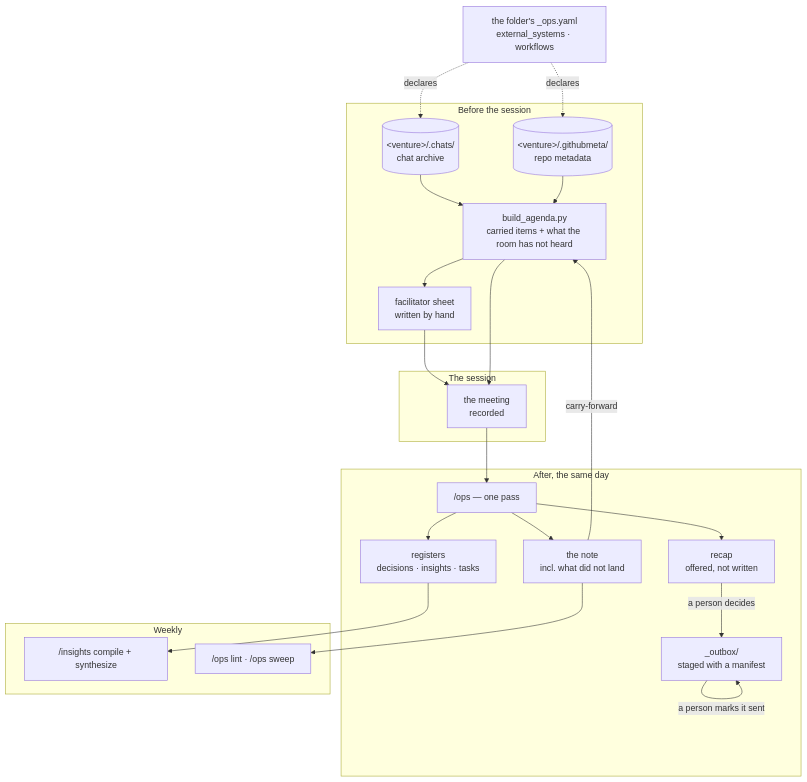
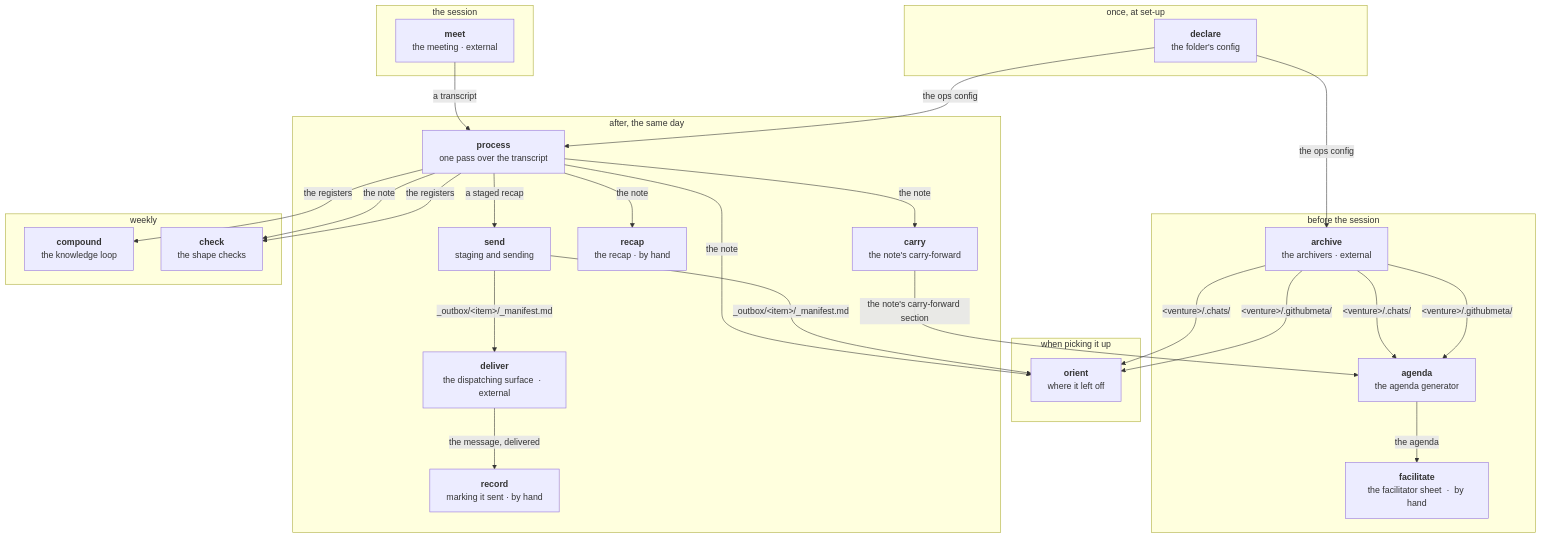
The diagram in README.md (tandregbg/core-claude-skills), drawn with Mermaid before and after one commit. The commit also changed other lines of this file and 4 other files, not shown here.

````diff
--- a/README.md
+++ b/README.md
@@ -15,43 +16,49 @@
 ```mermaid
 graph TB
-    subgraph before["Before the session"]
-        CH[("&lt;venture&gt;/.chats/<br/>chat archive")]
-        GM[("&lt;venture&gt;/.githubmeta/<br/>repo metadata")]
-        AG["build_agenda.py<br/>carried items + what the room has not heard"]
-        FS["facilitator sheet<br/>written by hand"]
+    subgraph p0["when picking it up"]
+        orient["<b>orient</b><br/>where it left off"]
+    end
+    subgraph p1["once, at set-up"]
+        declare["<b>declare</b><br/>the folder's config"]
+    end
+    subgraph p2["before the session"]
+        archive["<b>archive</b><br/>the archivers  ·  external"]
+        agenda["<b>agenda</b><br/>the agenda generator"]
+        facilitate["<b>facilitate</b><br/>the facilitator sheet  ·  by hand"]
+    end
+    subgraph p3["the session"]
+        meet["<b>meet</b><br/>the meeting  ·  external"]
+    end
+    subgraph p4["after, the same day"]
+        process["<b>process</b><br/>one pass over the transcript"]
+        carry["<b>carry</b><br/>the note's carry-forward"]
+        recap["<b>recap</b><br/>the recap  ·  by hand"]
+        send["<b>send</b><br/>staging and sending"]
+        deliver["<b>deliver</b><br/>the dispatching surface  ·  external"]
+        record["<b>record</b><br/>marking it sent  ·  by hand"]
+    end
+    subgraph p5["weekly"]
+        compound["<b>compound</b><br/>the knowledge loop"]
+        check["<b>check</b><br/>the shape checks"]
     end
 
-    subgraph during["The session"]
-        MEET["the meeting<br/>recorded"]
-    end
-
-    subgraph after["After, the same day"]
-        OPS["/ops — one pass"]
-        NOTE["the note<br/>incl. what did not land"]
-        REG["registers<br/>decisions · insights · tasks"]
-        RECAP["recap<br/>offered, not written"]
-        OUT["_outbox/<br/>staged with a manifest"]
-    end
-
-    subgraph weekly["Weekly"]
-        INS["/insights compile + synthesize"]
-        LINT["/ops lint · /ops sweep"]
-    end
-
-    CFG["the folder's _ops.yaml<br/>external_systems · workflows"] -.->|declares| CH
-    CFG -.->|declares| GM
-    CH --> AG
-    GM --> AG
-    AG --> FS
-    FS --> MEET
-    AG --> MEET
-    MEET --> OPS
-    OPS --> NOTE
-    OPS --> REG
-    OPS --> RECAP
-    RECAP -->|a person decides| OUT
-    OUT -->|a person marks it sent| OUT
-    NOTE -->|carry-forward| AG
-    REG --> INS
-    NOTE --> LINT
+    process -->|the note| orient
+    send -->|_outbox/&lt;item&gt;/_manifest.md| orient
+    archive -->|&lt;venture&gt;/.chats/| orient
+    archive -->|&lt;venture&gt;/.githubmeta/| orient
+    declare -->|the ops config| archive
+    archive -->|&lt;venture&gt;/.chats/| agenda
+    archive -->|&lt;venture&gt;/.githubmeta/| agenda
+    carry -->|the note's carry-forward section| agenda
+    agenda -->|the agenda| facilitate
+    meet -->|a transcript| process
+    declare -->|the ops config| process
+    process -->|the note| carry
+    process -->|the note| recap
+    process -->|a staged recap| send
+    send -->|_outbox/&lt;item&gt;/_manifest.md| deliver
+    deliver -->|the message, delivered| record
+    process -->|the registers| compound
+    process -->|the note| check
+    process -->|the registers| check
 ```
````
